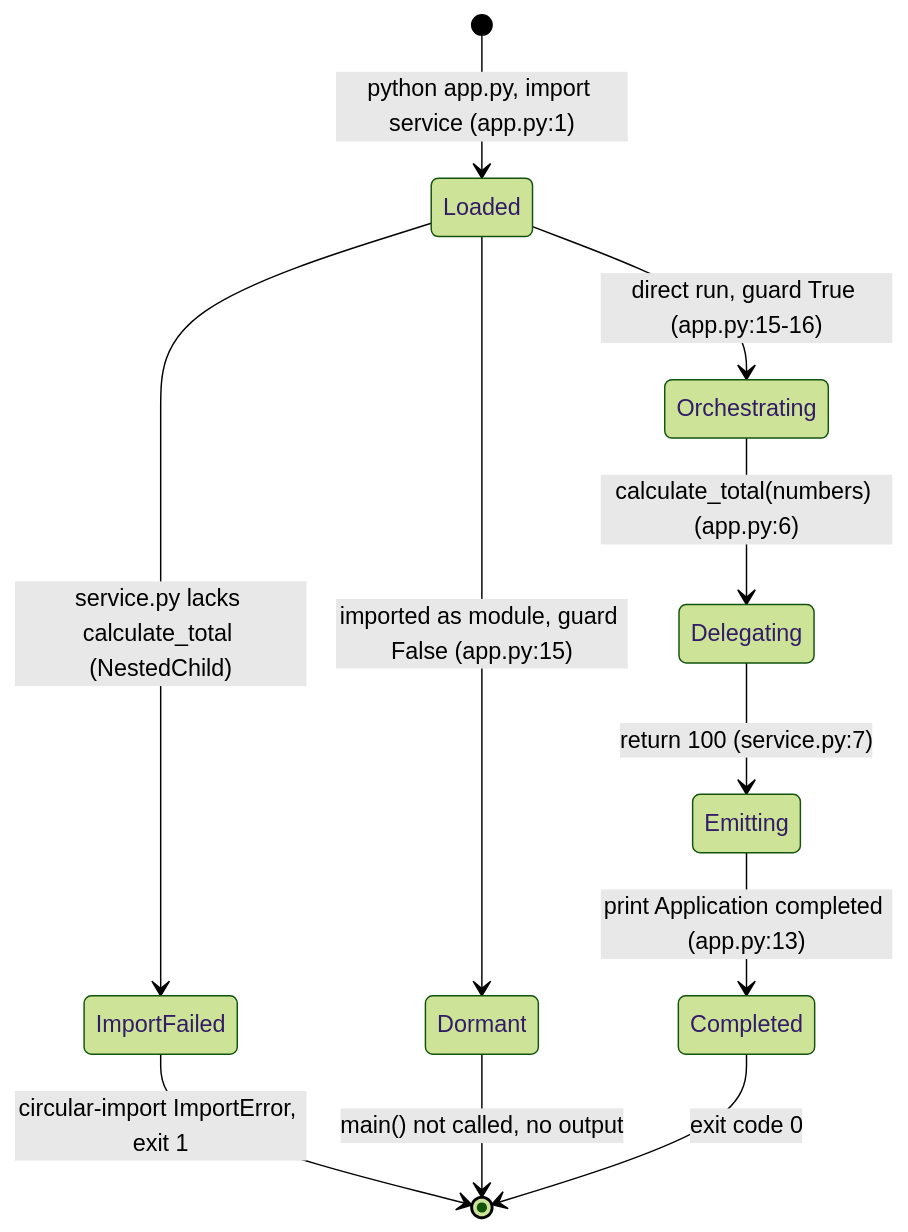
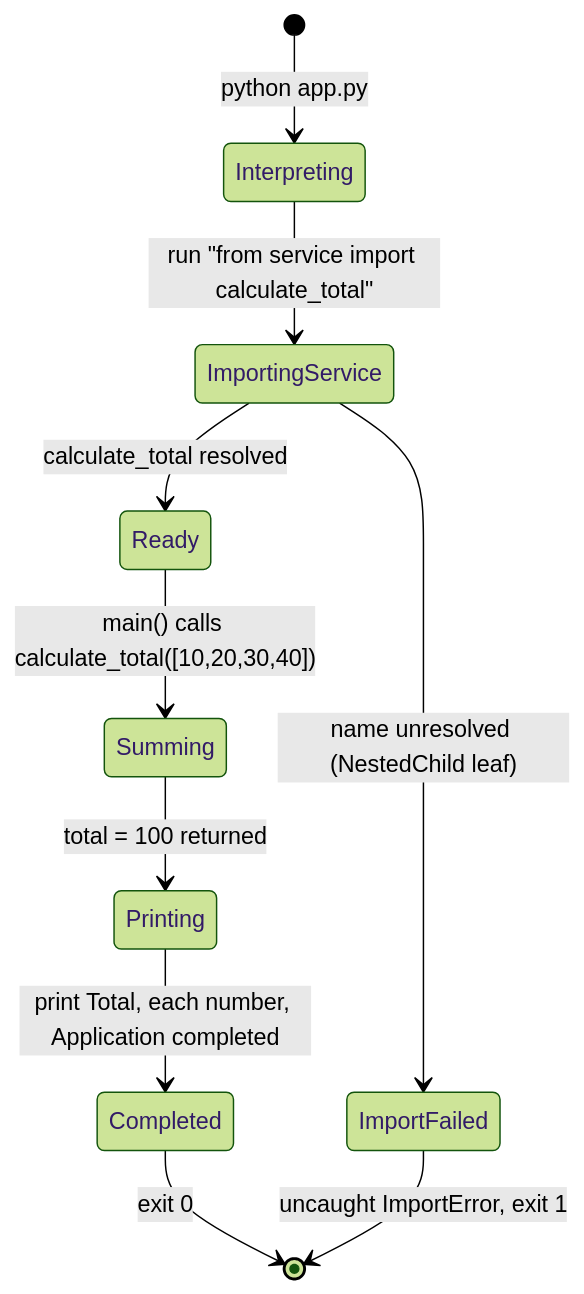
One commit to lakshya-blitzy/600K_ParentRepo changed diagram 16 of 43 in blitzy/documentation/Technical Specifications.md. Above: the diagram before and after it, drawn with Mermaid (forest theme). The commit also changed other lines of this file, not shown here.

````diff
--- a/blitzy/documentation/Technical Specifications.md
+++ b/blitzy/documentation/Technical Specifications.md
@@ -1415,13 +1430,12 @@
 ```mermaid
 stateDiagram-v2
-    [*] --> Loaded: python app.py, import service (app.py:1)
-    Loaded --> ImportFailed: service.py lacks calculate_total (NestedChild)
-    ImportFailed --> [*]: circular-import ImportError, exit 1
-    Loaded --> Dormant: imported as module, guard False (app.py:15)
-    Dormant --> [*]: main() not called, no output
-    Loaded --> Orchestrating: direct run, guard True (app.py:15-16)
-    Orchestrating --> Delegating: calculate_total(numbers) (app.py:6)
-    Delegating --> Emitting: return 100 (service.py:7)
-    Emitting --> Completed: print Application completed (app.py:13)
-    Completed --> [*]: exit code 0
+    [*] --> Interpreting: python app.py
+    Interpreting --> ImportingService: run "from service import calculate_total"
+    ImportingService --> Ready: calculate_total resolved
+    ImportingService --> ImportFailed: name unresolved (NestedChild leaf)
+    Ready --> Summing: main() calls calculate_total([10,20,30,40])
+    Summing --> Printing: total = 100 returned
+    Printing --> Completed: print Total, each number, Application completed
+    Completed --> [*]: exit 0
+    ImportFailed --> [*]: uncaught ImportError, exit 1
 ```
````
